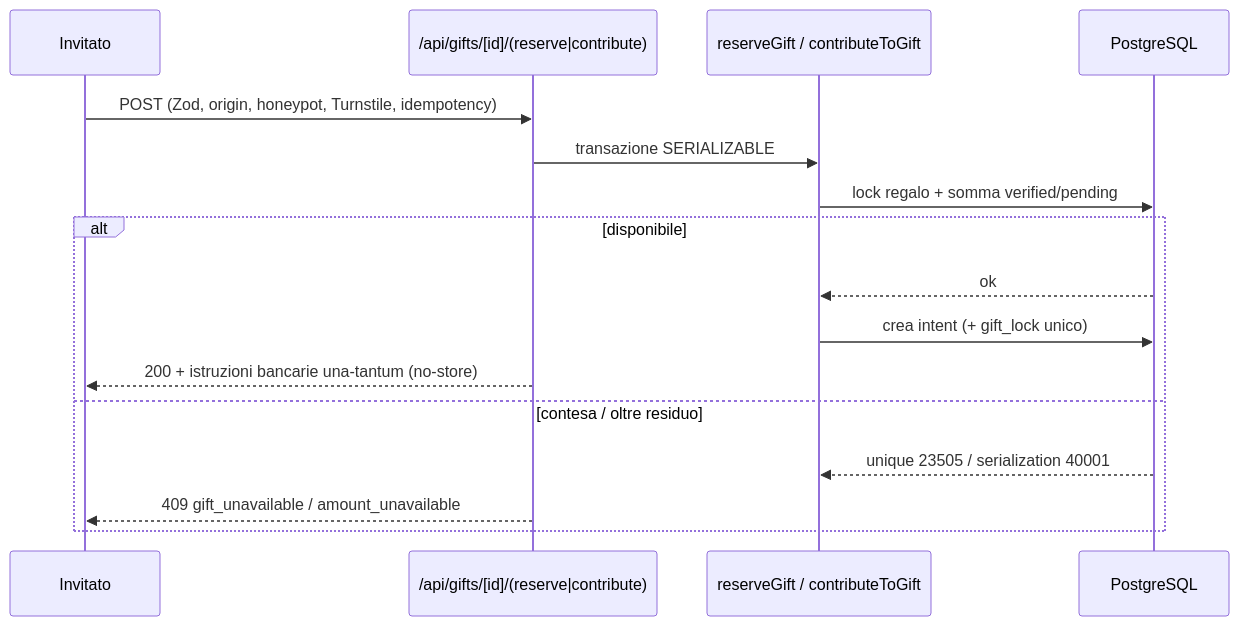
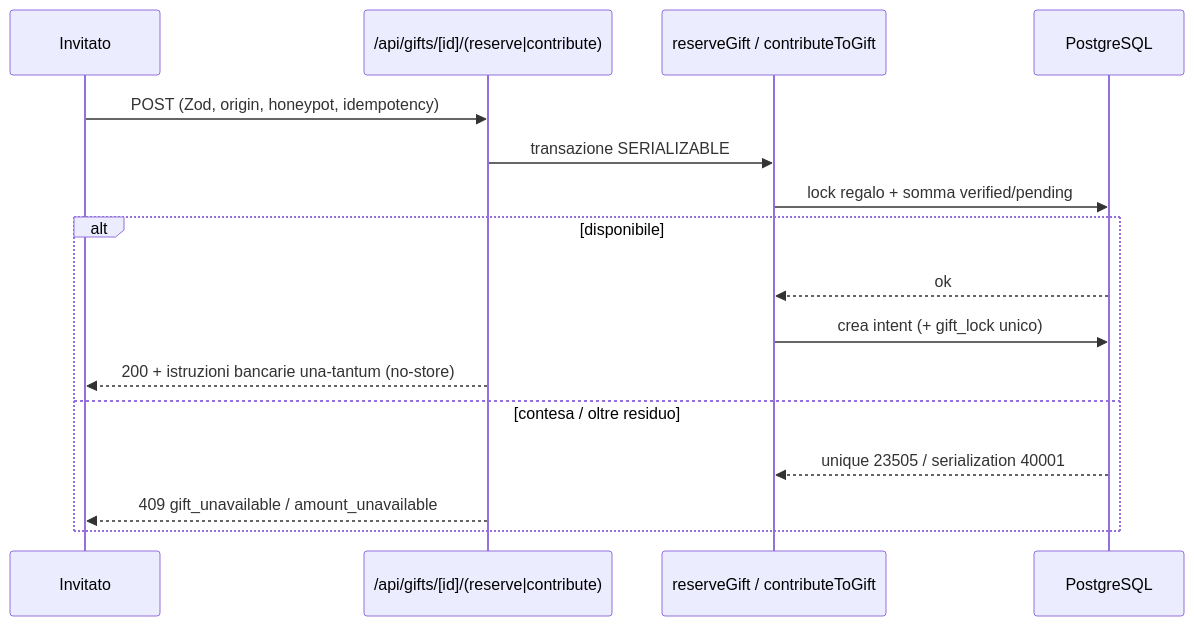
One commit to gabrielesanticchi/giuliaegabriele.love changed the second of 2 diagrams in README.md. Above: the diagram before and after it, drawn with Mermaid. The commit also changed other lines of this file and 31 other files, not shown here.

````diff
--- a/README.md
+++ b/README.md
@@ -187,18 +186,18 @@
 ```mermaid
 sequenceDiagram
   participant U as Invitato
   participant API as /api/gifts/[id]/(reserve|contribute)
   participant TX as reserveGift / contributeToGift
   participant PG as PostgreSQL
-  U->>API: POST (Zod, origin, honeypot, Turnstile, idempotency)
+  U->>API: POST (Zod, origin, honeypot, idempotency)
   API->>TX: transazione SERIALIZABLE
   TX->>PG: lock regalo + somma verified/pending
   alt disponibile
     PG-->>TX: ok
     TX->>PG: crea intent (+ gift_lock unico)
     API-->>U: 200 + istruzioni bancarie una-tantum (no-store)
   else contesa / oltre residuo
     PG-->>TX: unique 23505 / serialization 40001
     API-->>U: 409 gift_unavailable / amount_unavailable
   end
 ```
````
